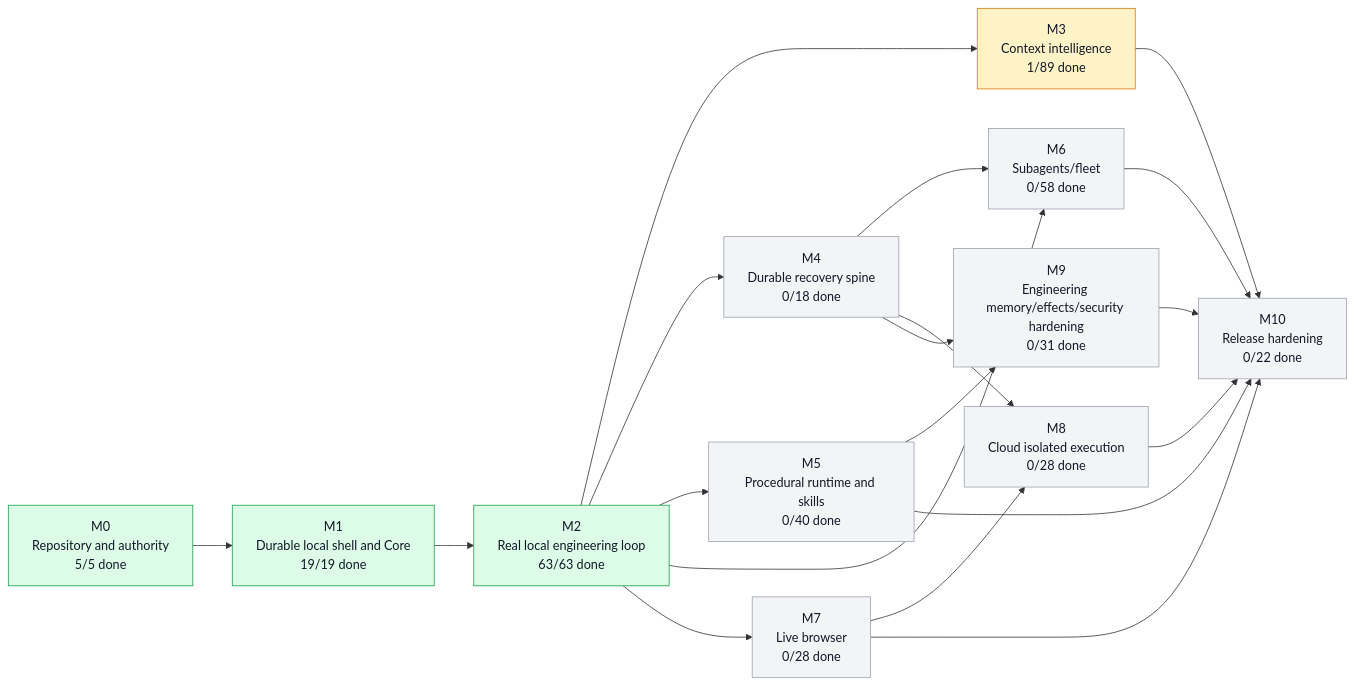
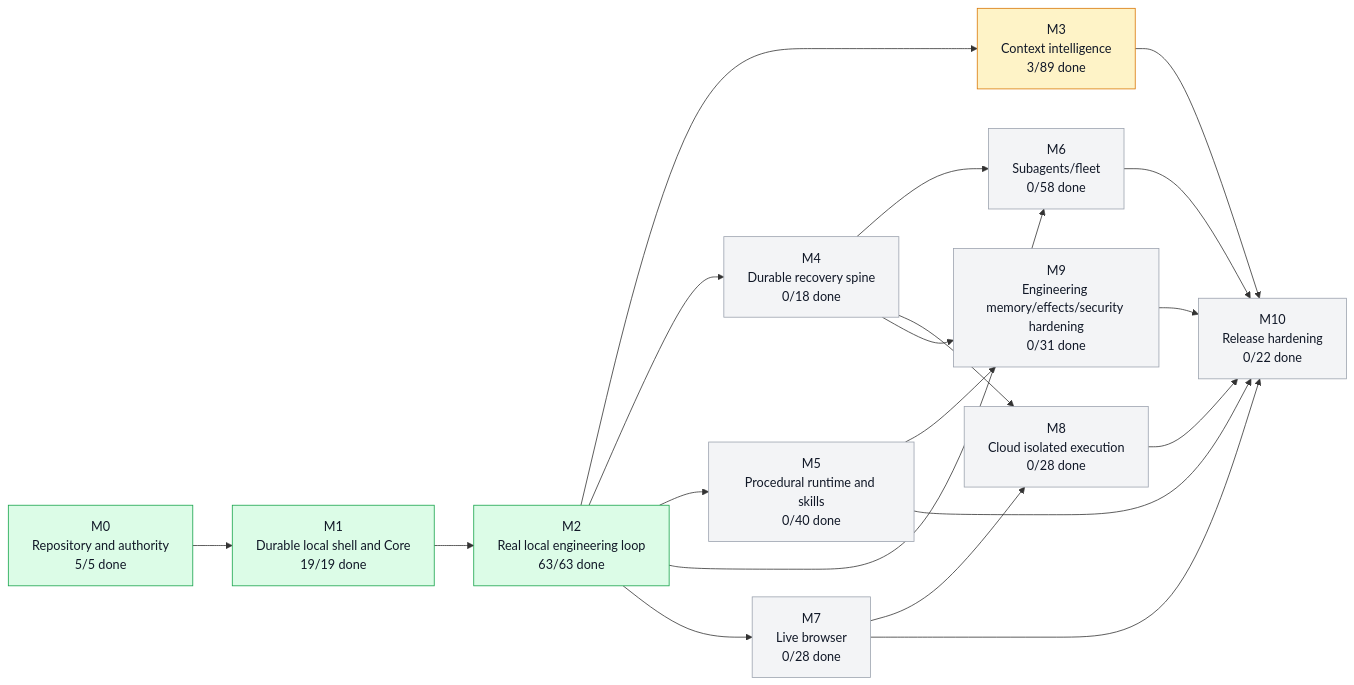
Before and after one commit to moss101/modbit: the first of 5 diagrams in graph/PROJECT_GRAPH.md, drawn with Mermaid. The commit also changed other lines of this file and 11 other files, not shown here.

````diff
--- a/graph/PROJECT_GRAPH.md
+++ b/graph/PROJECT_GRAPH.md
@@ -57,43 +57,43 @@
 ```mermaid
 flowchart LR
   M0["M0<br/>Repository and authority<br/>5/5 done"]
   M1["M1<br/>Durable local shell and Core<br/>19/19 done"]
   M2["M2<br/>Real local engineering loop<br/>63/63 done"]
-  M3["M3<br/>Context intelligence<br/>1/89 done"]
+  M3["M3<br/>Context intelligence<br/>3/89 done"]
   M4["M4<br/>Durable recovery spine<br/>0/18 done"]
   M5["M5<br/>Procedural runtime and skills<br/>0/40 done"]
   M6["M6<br/>Subagents/fleet<br/>0/58 done"]
   M7["M7<br/>Live browser<br/>0/28 done"]
   M8["M8<br/>Cloud isolated execution<br/>0/28 done"]
   M9["M9<br/>Engineering memory/effects/security hardening<br/>0/31 done"]
   M10["M10<br/>Release hardening<br/>0/22 done"]
   M0 --> M1
   M1 --> M2
   M2 --> M3
   M2 --> M4
   M2 --> M5
   M2 --> M6
   M4 --> M6
   M2 --> M7
   M4 --> M8
   M7 --> M8
   M4 --> M9
   M5 --> M9
   M3 --> M10
   M5 --> M10
   M6 --> M10
   M7 --> M10
   M8 --> M10
   M9 --> M10
   style M0 fill:#dcfce7,stroke:#16a34a,color:#111827
   style M1 fill:#dcfce7,stroke:#16a34a,color:#111827
   style M2 fill:#dcfce7,stroke:#16a34a,color:#111827
   style M3 fill:#fef3c7,stroke:#d97706,color:#111827
   style M4 fill:#f3f4f6,stroke:#9ca3af,color:#111827
   style M5 fill:#f3f4f6,stroke:#9ca3af,color:#111827
   style M6 fill:#f3f4f6,stroke:#9ca3af,color:#111827
   style M7 fill:#f3f4f6,stroke:#9ca3af,color:#111827
   style M8 fill:#f3f4f6,stroke:#9ca3af,color:#111827
   style M9 fill:#f3f4f6,stroke:#9ca3af,color:#111827
   style M10 fill:#f3f4f6,stroke:#9ca3af,color:#111827
 ```
````
